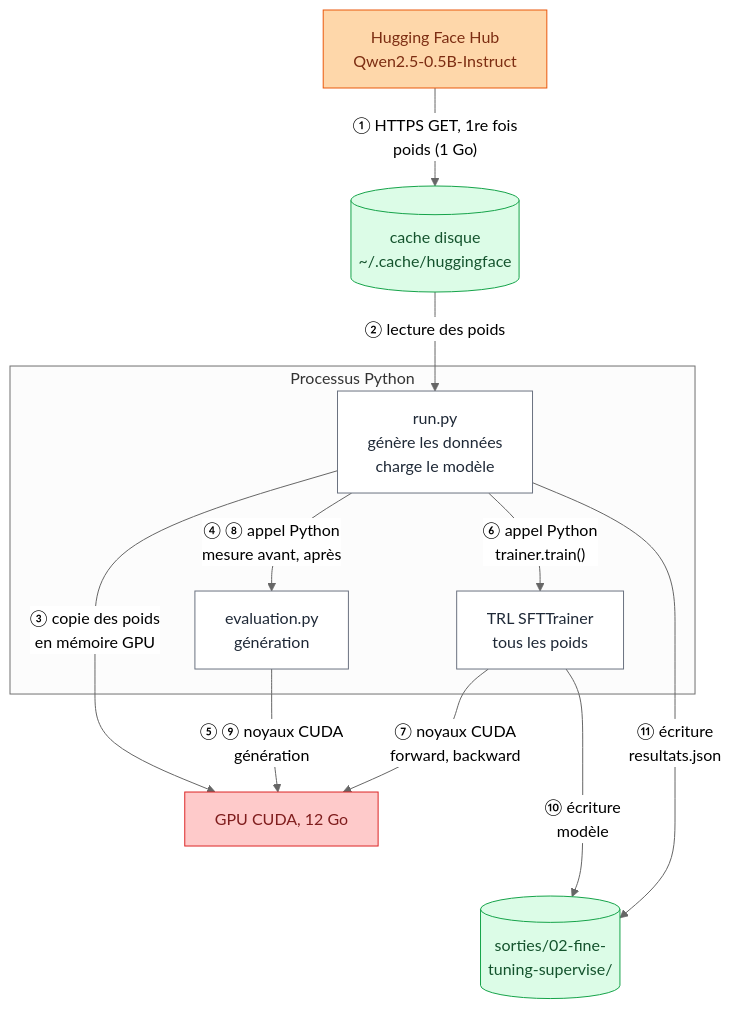
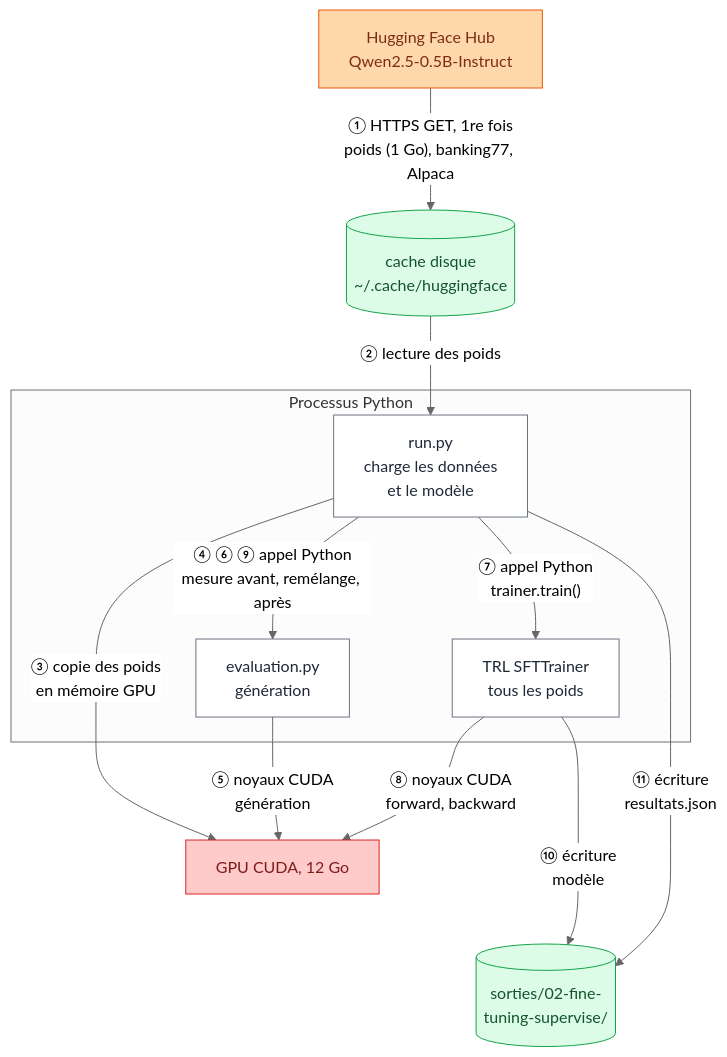
Before and after one commit to xavinsky/amelioria: the diagram in 02-fine-tuning-supervise/README.md, drawn with Mermaid (neutral theme). The commit also changed other lines of this file and 18 other files, not shown here.

Commit message:
DATA02 et DATA03 refondus sur banking77 : routage d'intentions, non-régression, remélange

````diff
--- a/02-fine-tuning-supervise/README.md
+++ b/02-fine-tuning-supervise/README.md
@@ -43,33 +43,33 @@
 ```mermaid
 flowchart TD
   classDef externe fill:#fed7aa,stroke:#ea580c,color:#7c2d12
   classDef code fill:#ffffff,stroke:#6b7280,color:#1f2937
   classDef gpu fill:#fecaca,stroke:#dc2626,color:#7f1d1d
   classDef disque fill:#dcfce7,stroke:#16a34a,color:#14532d
 
   Hub["Hugging Face Hub<br/>Qwen2.5-0.5B-Instruct"]
   Cache[("cache disque<br/>~/.cache/huggingface")]
   subgraph Py["Processus Python"]
-    Run["run.py<br/>génère les données<br/>charge le modèle"]
+    Run["run.py<br/>charge les données<br/>et le modèle"]
     Ev["evaluation.py<br/>génération"]
     TRL["TRL SFTTrainer<br/>tous les poids"]
   end
   GPU["GPU CUDA, 12 Go"]
   Out[("sorties/02-fine-<br/>tuning-supervise/")]
 
-  Hub -- "① HTTPS GET, 1re fois<br/>poids (1 Go)" --> Cache
+  Hub -- "① HTTPS GET, 1re fois<br/>poids (1 Go), banking77, Alpaca" --> Cache
   Cache -- "② lecture des poids" --> Run
   Run -- "③ copie des poids<br/>en mémoire GPU" --> GPU
-  Run -- "④ ⑧ appel Python<br/>mesure avant, après" --> Ev
-  Ev -- "⑤ ⑨ noyaux CUDA<br/>génération" --> GPU
-  Run -- "⑥ appel Python<br/>trainer.train()" --> TRL
-  TRL -- "⑦ noyaux CUDA<br/>forward, backward" --> GPU
+  Run -- "④ ⑥ ⑨ appel Python<br/>mesure avant, remélange, après" --> Ev
+  Ev -- "⑤ noyaux CUDA<br/>génération" --> GPU
+  Run -- "⑦ appel Python<br/>trainer.train()" --> TRL
+  TRL -- "⑧ noyaux CUDA<br/>forward, backward" --> GPU
   TRL -- "⑩ écriture<br/>modèle" --> Out
   Run -- "⑪ écriture<br/>resultats.json" --> Out
 
   GPU ~~~ Out
   class Hub externe
   class Run,Ev,TRL code
   class GPU gpu
   class Cache,Out disque
 ```
````
